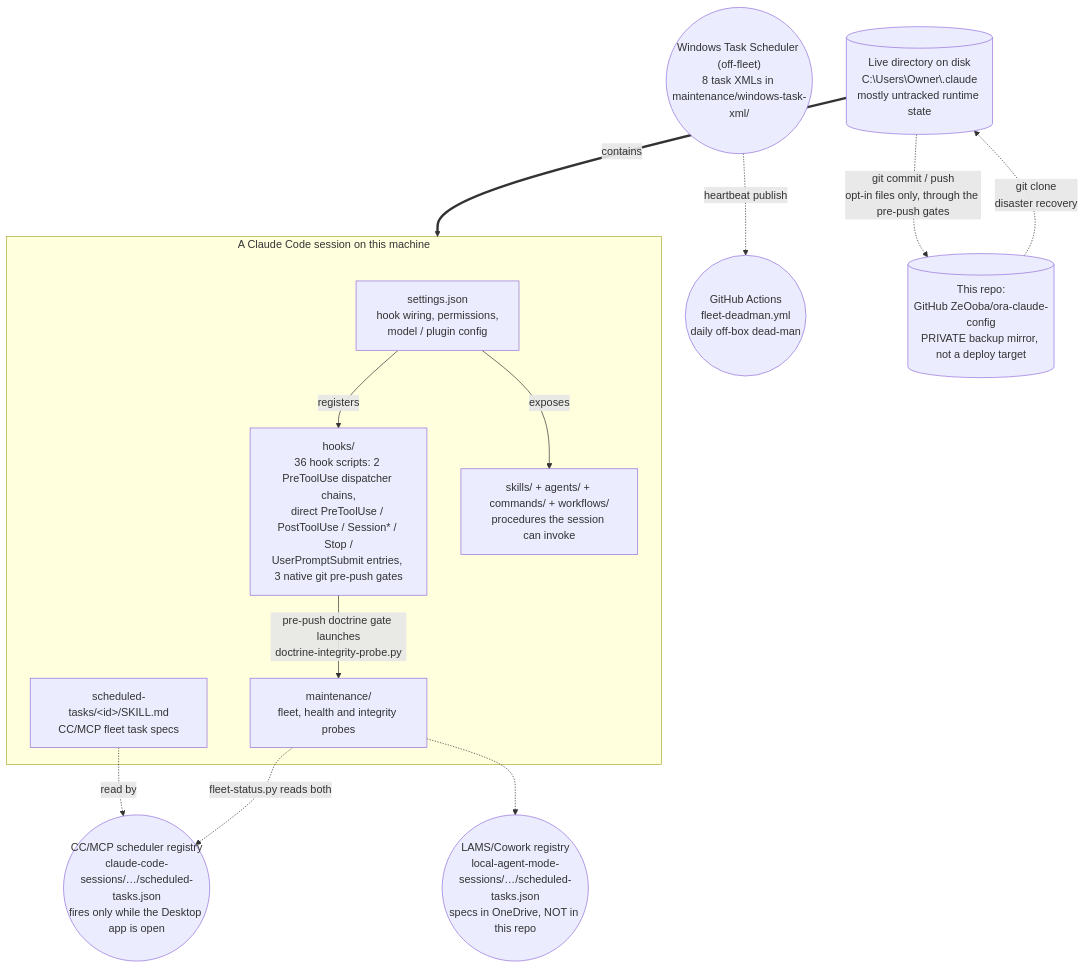
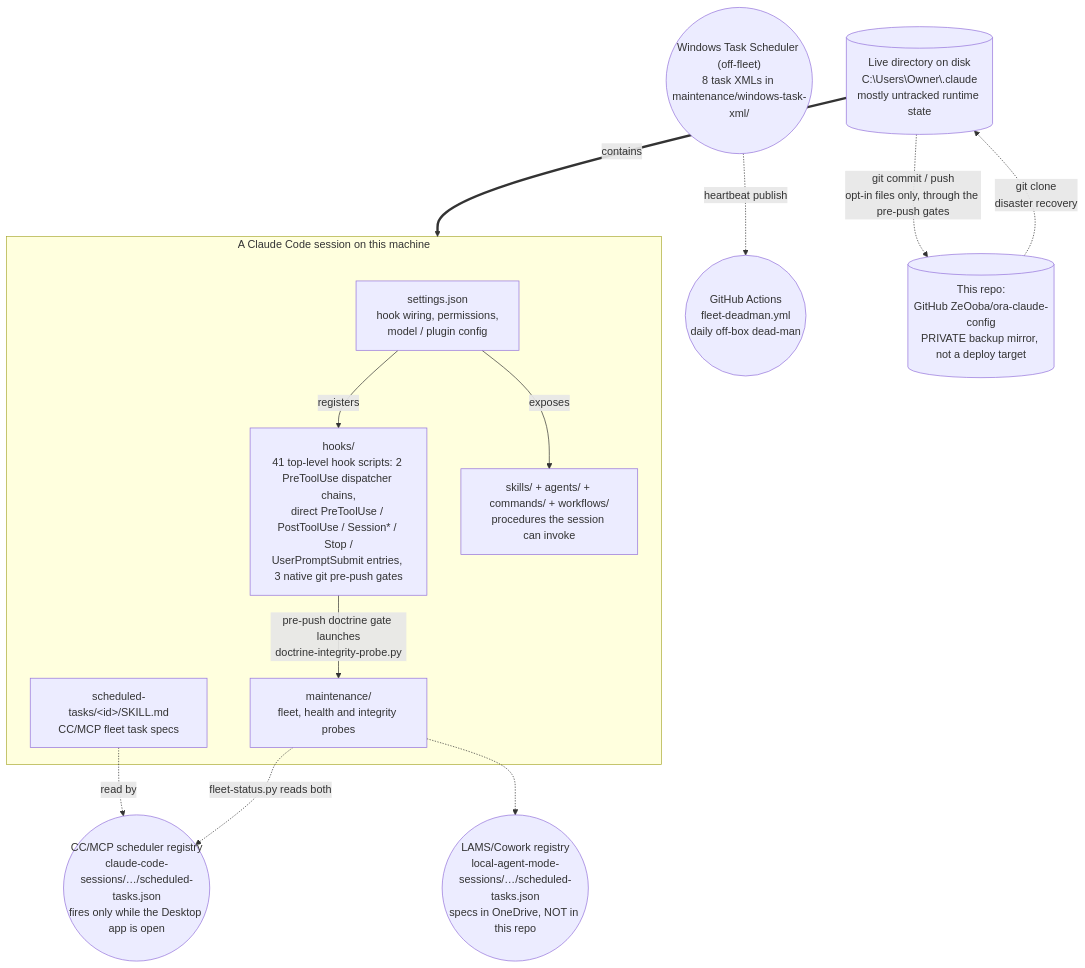
The first of 5 diagrams in README.md (ZeOoba/ora-claude-config), drawn with Mermaid before and after one commit. The commit also changed other lines of this file and 3 other files, not shown here.

First line of the commit message:
docs(diagrams): refresh diagrams and counts against current code (2026-10-28)

````diff
--- a/README.md
+++ b/README.md
@@ -43,27 +43,27 @@
 ```mermaid
 flowchart TB
     subgraph SESSION["A Claude Code session on this machine"]
         CFG["settings.json<br/>hook wiring, permissions,<br/>model / plugin config"]
-        HOOKS["hooks/<br/>36 hook scripts: 2 PreToolUse dispatcher chains,<br/>direct PreToolUse / PostToolUse / Session* / Stop /<br/>UserPromptSubmit entries, 3 native git pre-push gates"]
+        HOOKS["hooks/<br/>41 top-level hook scripts: 2 PreToolUse dispatcher chains,<br/>direct PreToolUse / PostToolUse / Session* / Stop /<br/>UserPromptSubmit entries, 3 native git pre-push gates"]
         SKILLS["skills/ + agents/ + commands/ + workflows/<br/>procedures the session can invoke"]
         SCHED["scheduled-tasks/&lt;id&gt;/SKILL.md<br/>CC/MCP fleet task specs"]
         MAINT["maintenance/<br/>fleet, health and integrity probes"]
         CFG -->|registers| HOOKS
         CFG -->|exposes| SKILLS
         HOOKS -->|pre-push doctrine gate launches<br/>doctrine-integrity-probe.py| MAINT
     end
 
     CCREG(("CC/MCP scheduler registry<br/>claude-code-sessions/…/scheduled-tasks.json<br/>fires only while the Desktop app is open"))
     LAMS(("LAMS/Cowork registry<br/>local-agent-mode-sessions/…/scheduled-tasks.json<br/>specs in OneDrive, NOT in this repo"))
     WINTASKS(("Windows Task Scheduler (off-fleet)<br/>8 task XMLs in maintenance/windows-task-xml/"))
     DEADMAN(("GitHub Actions<br/>fleet-deadman.yml<br/>daily off-box dead-man"))
     SCHED -.read by.-> CCREG
     MAINT -.->|"fleet-status.py reads both"| CCREG
     MAINT -.-> LAMS
     WINTASKS -.->|"heartbeat publish"| DEADMAN
 
     LOCALDIR[("Live directory on disk<br/>C:\Users\Owner\.claude<br/>mostly untracked runtime state")]
     LOCALDIR ==contains==> SESSION
     LOCALDIR -.->|"git commit / push<br/>opt-in files only, through the pre-push gates"| REPO[("This repo:<br/>GitHub ZeOoba/ora-claude-config<br/>PRIVATE backup mirror, not a deploy target")]
     REPO -.->|"git clone<br/>disaster recovery"| LOCALDIR
 ```
````
